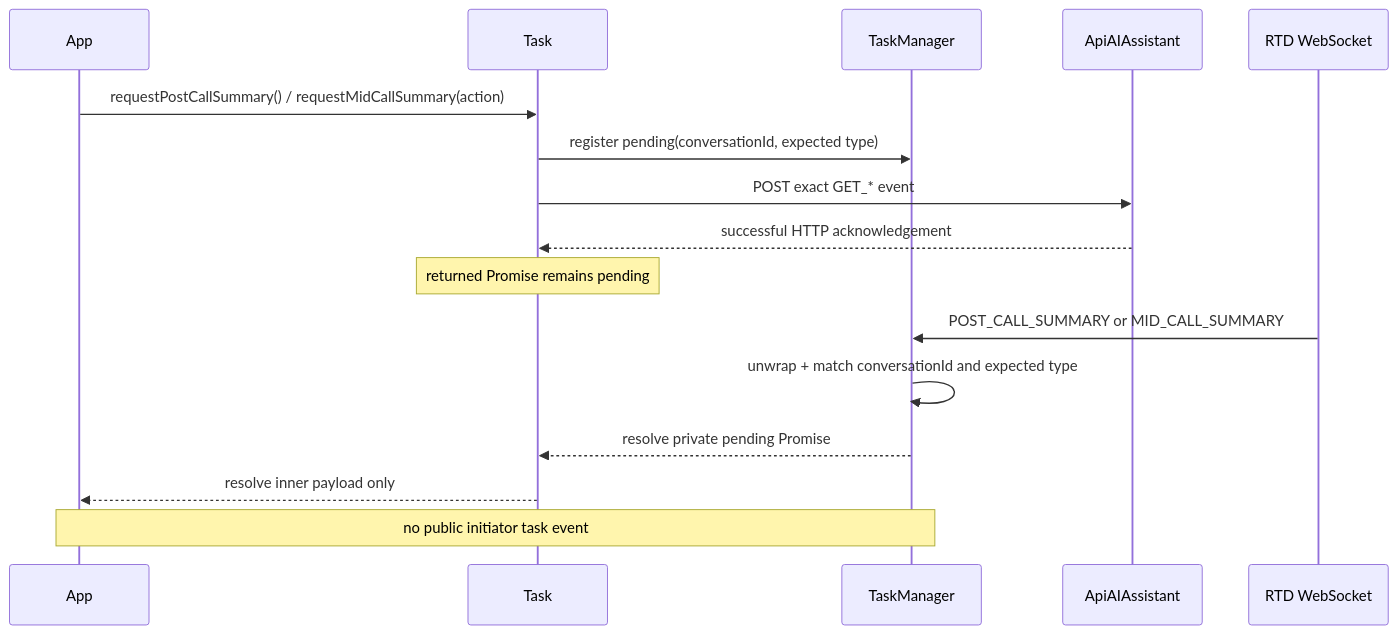
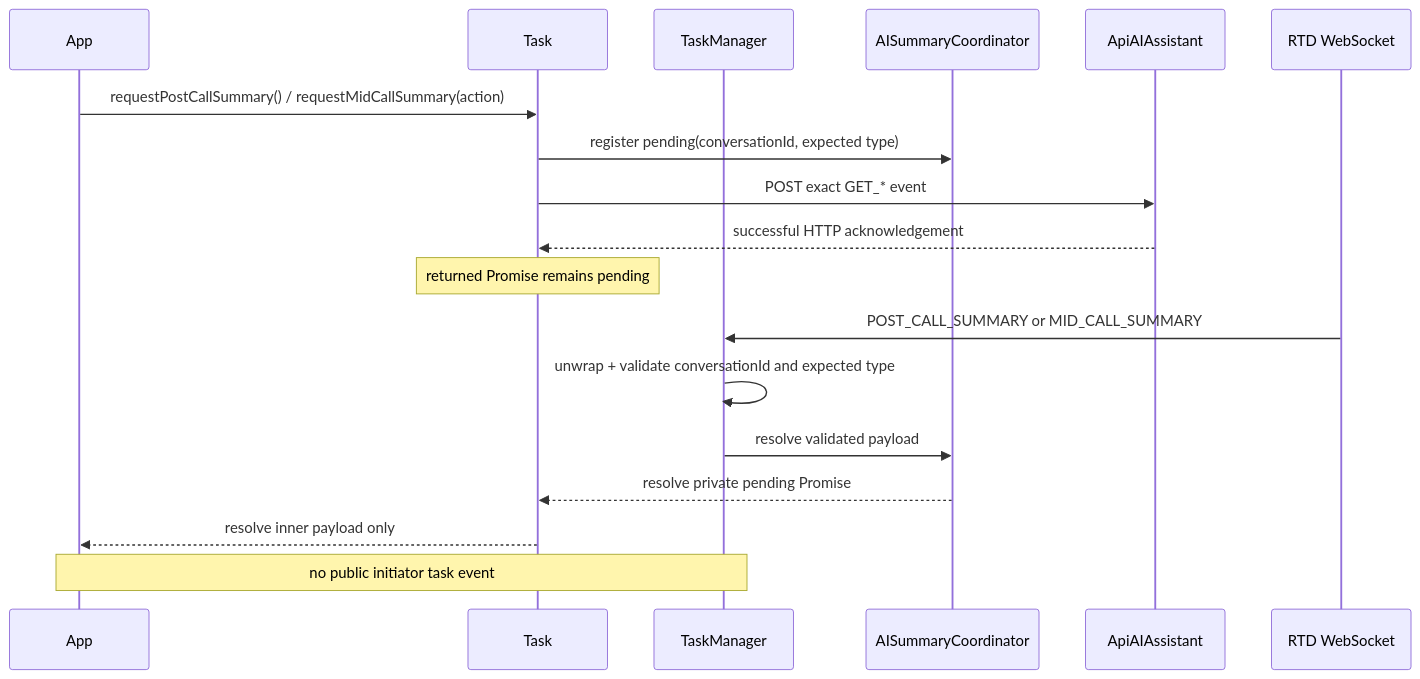
One commit to webex/webex-js-sdk changed the second of 3 diagrams in design/default/design_spec.md. Above: the diagram before and after it, drawn with Mermaid. The commit also changed other lines of this file and 1 other file, not shown here.

````diff
--- a/design/default/design_spec.md
+++ b/design/default/design_spec.md
@@ -579,18 +600,20 @@
 ```mermaid
 sequenceDiagram
   participant App
   participant Task
   participant TM as TaskManager
+  participant C as AISummaryCoordinator
   participant API as ApiAIAssistant
   participant RTD as RTD WebSocket
   App->>Task: requestPostCallSummary() / requestMidCallSummary(action)
-  Task->>TM: register pending(conversationId, expected type)
+  Task->>C: register pending(conversationId, expected type)
   Task->>API: POST exact GET_* event
   API-->>Task: successful HTTP acknowledgement
   Note over Task: returned Promise remains pending
   RTD->>TM: POST_CALL_SUMMARY or MID_CALL_SUMMARY
-  TM->>TM: unwrap + match conversationId and expected type
-  TM-->>Task: resolve private pending Promise
+  TM->>TM: unwrap + validate conversationId and expected type
+  TM->>C: resolve validated payload
+  C-->>Task: resolve private pending Promise
   Task-->>App: resolve inner payload only
   Note over TM,App: no public initiator task event
 ```
````
